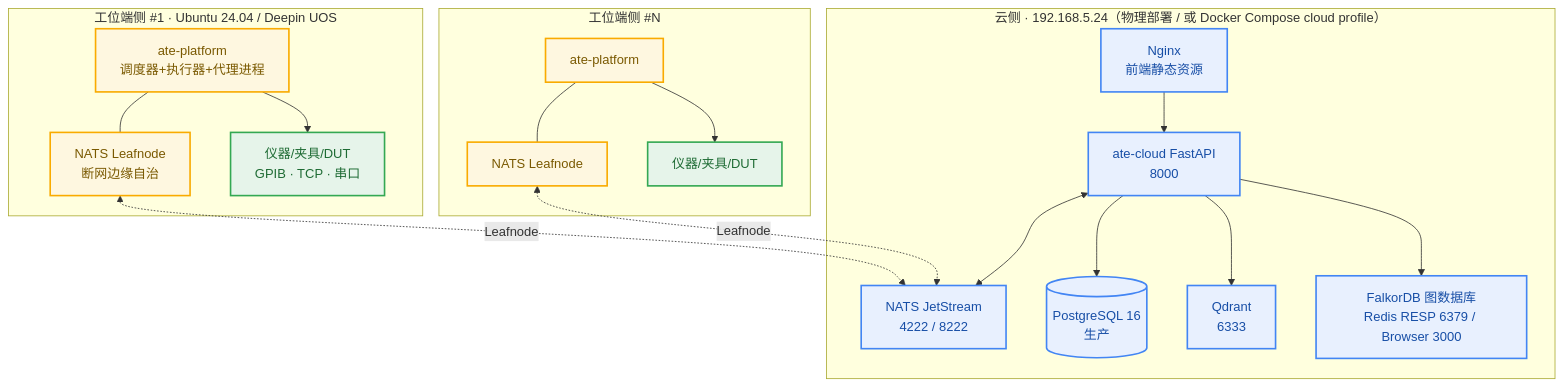
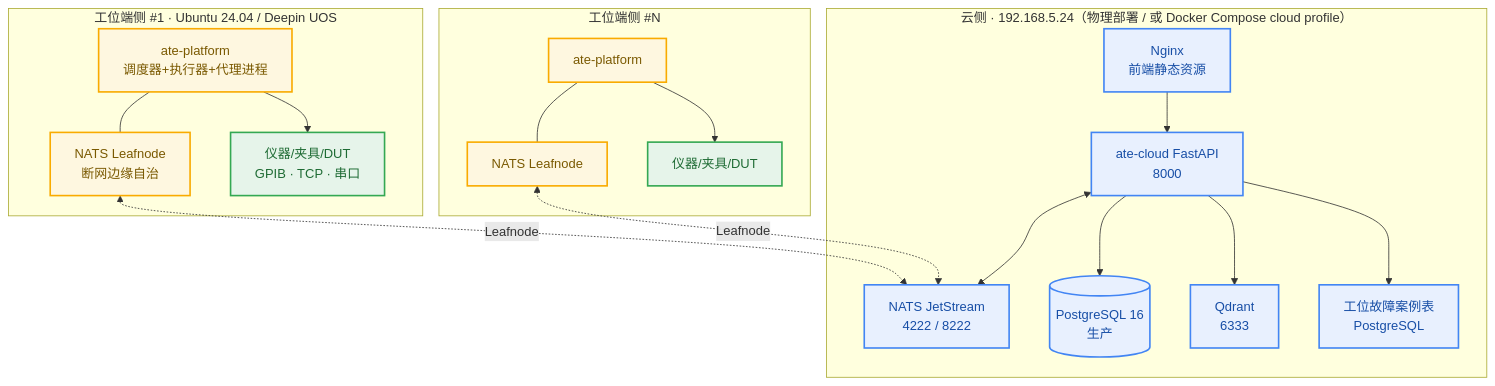
Diagram 13 of 14 in docs/ATE Studio系统方案与详细设计文档.md (chenjun420/ATEStudio), drawn with Mermaid before and after one commit. The commit also changed other lines of this file and 95 other files, not shown here.

````diff
--- a/docs/ATE Studio系统方案与详细设计文档.md
+++ b/docs/ATE Studio系统方案与详细设计文档.md
@@ -3227,37 +3247,37 @@
 ```mermaid
 flowchart TB
     classDef cloud fill:#E8F0FE,stroke:#4285F4,stroke-width:2px,color:#174EA6
     classDef edge fill:#FEF7E0,stroke:#F9AB00,stroke-width:2px,color:#7A5900
     classDef hw fill:#E6F4EA,stroke:#34A853,stroke-width:2px,color:#1E6B34
 
     subgraph CLOUD[云侧 · 192.168.5.24（物理部署 / 或 Docker Compose cloud profile）]
         N1[NATS JetStream<br/>4222 / 8222]:::cloud
         Q1[Qdrant<br/>6333]:::cloud
-        N4[FalkorDB 图数据库<br/>Redis RESP 6379 / Browser 3000]:::cloud
+        N4[工位故障案例表<br/>PostgreSQL]:::cloud
         API1[ate-cloud FastAPI<br/>8000]:::cloud
         PG1[(PostgreSQL 16<br/>生产)]:::cloud
         NG[Nginx<br/>前端静态资源]:::cloud
     end
 
     subgraph EDGE1[工位端侧 #1 · Ubuntu 24.04 / Deepin UOS]
         EP1[ate-platform<br/>调度器+执行器+代理进程]:::edge
         LN1[NATS Leafnode<br/>断网边缘自治]:::edge
         HW1[仪器/夹具/DUT<br/>GPIB · TCP · 串口]:::hw
         EP1 --- LN1
         EP1 --> HW1
     end
 
     subgraph EDGE2[工位端侧 #N]
         EP2[ate-platform]:::edge
         LN2[NATS Leafnode]:::edge
         HW2[仪器/夹具/DUT]:::hw
         EP2 --- LN2
         EP2 --> HW2
     end
 
     NG --> API1
     API1 <--> N1
     API1 --> PG1 & Q1 & N4
     LN1 <-.->|Leafnode| N1
     LN2 <-.->|Leafnode| N1
 ```
````
